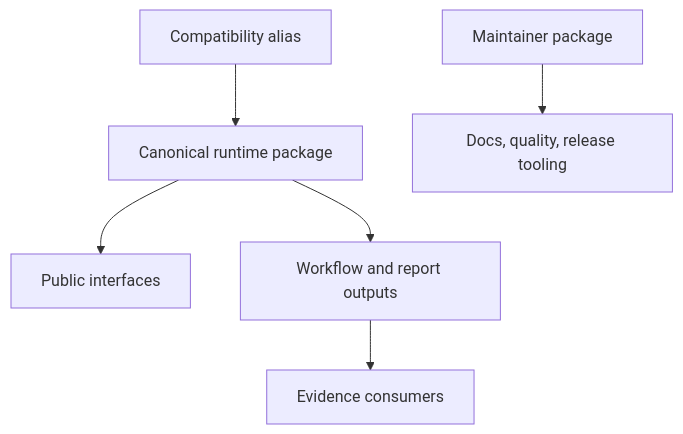
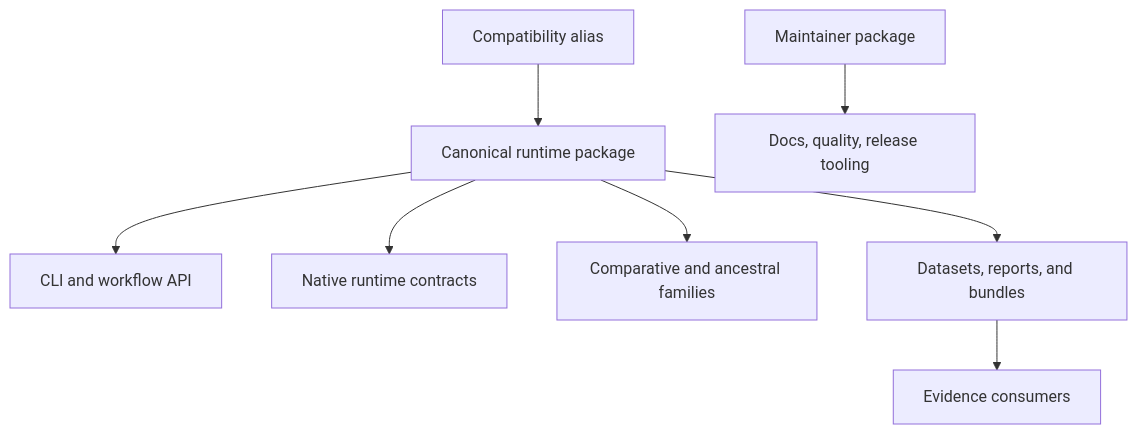
The diagram in docs/phylogenetics/architecture/index.md (bijux/bijux-phylogenetics), drawn with Mermaid before and after one commit. The commit also changed other lines of this file and 10 other files, not shown here.

Commit message:
docs(public): deepen runtime and package narratives

````diff
--- a/docs/phylogenetics/architecture/index.md
+++ b/docs/phylogenetics/architecture/index.md
@@ -24,8 +28,10 @@
 ```mermaid
 flowchart TD
-    A[Canonical runtime package] --> B[Public interfaces]
-    A --> C[Workflow and report outputs]
-    C --> D[Evidence consumers]
-    E[Maintainer package] --> F[Docs, quality, release tooling]
-    G[Compatibility alias] --> A
+    A[Canonical runtime package] --> B[CLI and workflow API]
+    A --> C[Native runtime contracts]
+    A --> D[Comparative and ancestral families]
+    A --> E[Datasets, reports, and bundles]
+    E --> F[Evidence consumers]
+    G[Maintainer package] --> H[Docs, quality, release tooling]
+    I[Compatibility alias] --> A
 ```
````
